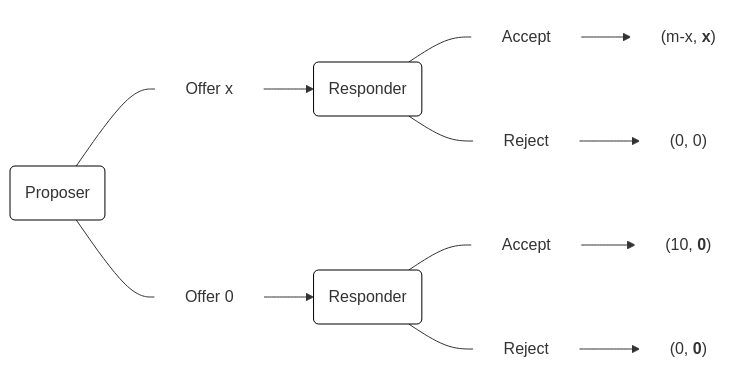
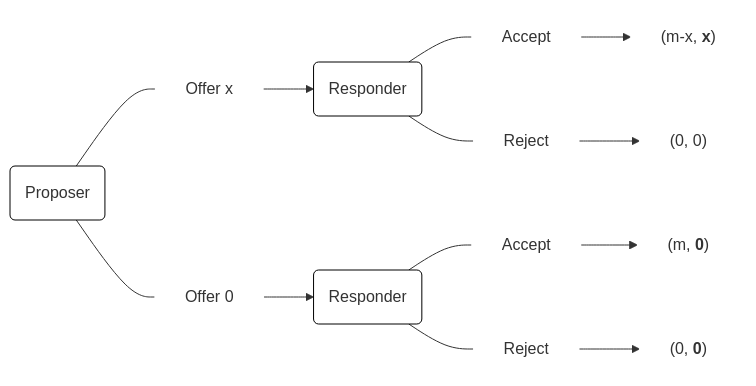
Before and after one commit to jasonacollins/behaviouraleconomics: the first of 6 diagrams in game-theory/sequential-games.qmd, drawn with Mermaid. The commit also changed 120 other files, not shown here.

````diff
--- a/game-theory/sequential-games.qmd
+++ b/game-theory/sequential-games.qmd
@@ -108,23 +108,23 @@
 ```{mermaid}
 %%| fig-width: 5
 %%| label: fig-ultimatum-game
 %%| fig-cap: The ultimatum game
 %%| mermaid-format: png
 
 graph LR
     A(Proposer) ---B[Offer x] --> C(Responder)
     A(Proposer) ---D[Offer 0] --> E(Responder)
     C ---F[Accept] --> H["(m-x, <b>x</b>)"]
     C ---G[Reject] --> I["(0, 0)"]
-    E ---J[Accept] --> L["(10, <b>0</b>)"]
+    E ---J[Accept] --> L["(m, <b>0</b>)"]
     E ---K[Reject] --> M["(0, <b>0</b>)"]
 
     classDef node fill:#FFF, stroke:#000;
     class A,C,E node;
 
     classDef edge fill:#FFF, stroke:#FFF;
     class B,D,F,G,J,K edge;
 
     classDef payoff fill:#FFF, stroke:#FFF;
     class H,I,L,M payoff;
 ```
````
